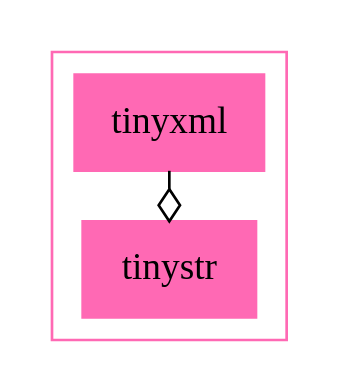
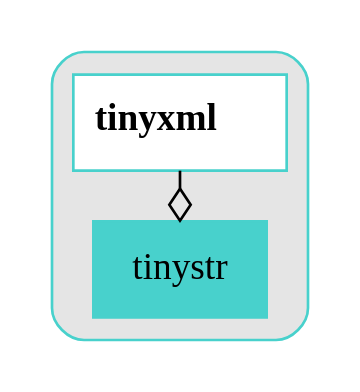
One commit to UWB-Biocomputing/BrainGrid changed the diagram in Tools/DiagramGenerator/ExampleOutputs/dot_subsystems/tinyxml.dot. Above: the diagram before and after it, drawn with Graphviz. The commit also changed 28 other files, not shown here.

First line of the commit message:
dotGenerator update, new diagrams

```diff
--- a/Tools/DiagramGenerator/ExampleOutputs/dot_subsystems/tinyxml.dot
+++ b/Tools/DiagramGenerator/ExampleOutputs/dot_subsystems/tinyxml.dot
@@ -1,28 +1,32 @@
 digraph{
+	 graph [splines=ortho]
 
 	subgraph clustertinyxml {
-		color = hotpink
-		node [shape = record, color = hotpink];
+		style = rounded
+		bgcolor = grey90
+		color = mediumturquoise
+		node [shape = record, color = mediumturquoise];
 
 		tinystr[label = tinystr, style = filled];
 		tinyxml[label = tinyxml, style = filled];
+		tinyxml[label =< <B> tinyxml</B>>, style = bold, fillcolor = white, style = filled];
 
 
 		//------LAYOUT FOR SUBGRAPH------
 
 
 		rankdir = BT; // Rank Direction Bottom to Top
-		nodesep = 0.96; // Node Separation
-		ranksep = 0.96; // Rank Separation
+		nodesep = 1.3; // Node Separation
+		ranksep = 1.3; // Rank Separation
 
 
 		//INHERITANCE//
 
 
 
 		//COMPOSITION//
 
 
 		tinyxml -> tinystr [arrowhead=ediamond];
 	}//end subgraph tinyxml
 }//end digraph
```
